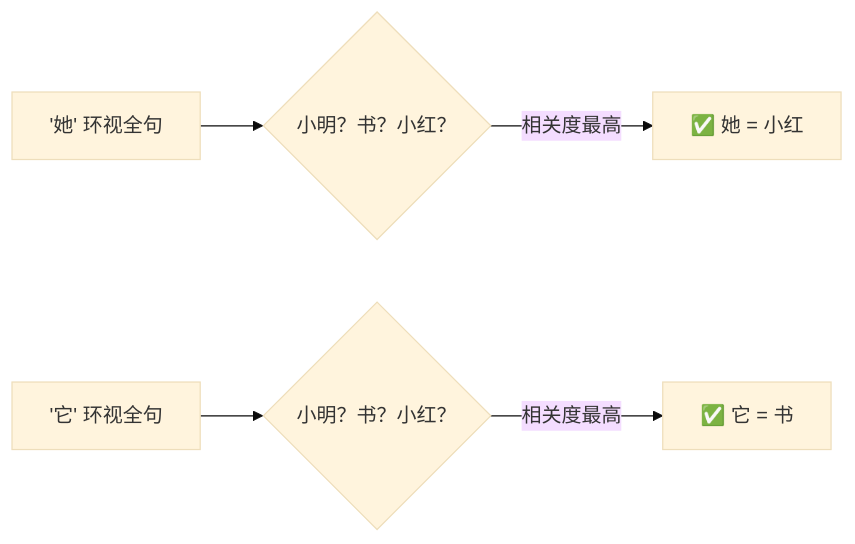
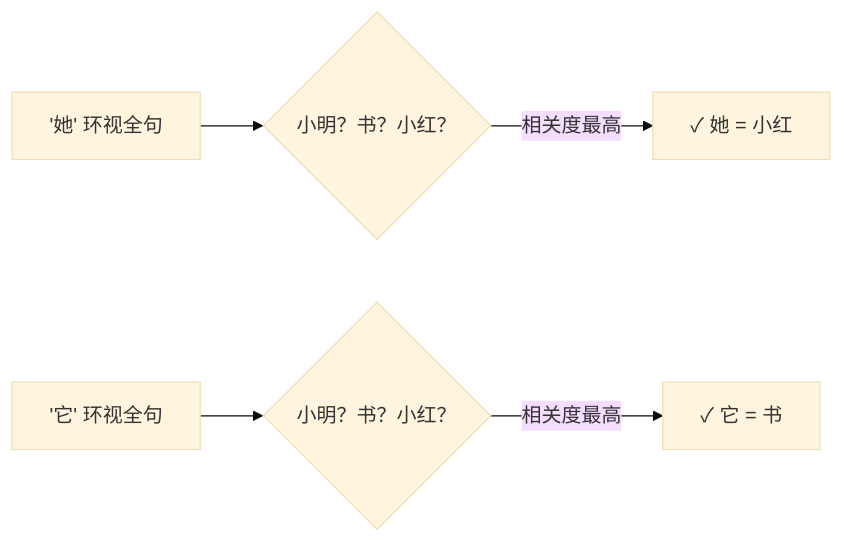
Before and after one commit to luckykhy/KhyAiHub: the fourth of 5 diagrams in docs/02_CONCEPTS_概念入门/CONCEPT/[CONCEPT-14] 什么是Transformer-变换器.md, drawn with Mermaid (base theme). The commit also changed other lines of this file and 19 other files, not shown here.

````diff
--- a/docs/02_CONCEPTS_概念入门/CONCEPT/[CONCEPT-14] 什么是Transformer-变换器.md
+++ b/docs/02_CONCEPTS_概念入门/CONCEPT/[CONCEPT-14] 什么是Transformer-变换器.md
@@ -250,7 +250,7 @@
 ```mermaid
 flowchart LR
   HER["'她' 环视全句"] --> C1{"小明？书？小红？"}
-  C1 -- "相关度最高" --> ANS1["✅ 她 = 小红"]
+  C1 -- "相关度最高" --> ANS1["✓ 她 = 小红"]
   IT["'它' 环视全句"] --> C2{"小明？书？小红？"}
-  C2 -- "相关度最高" --> ANS2["✅ 它 = 书"]
+  C2 -- "相关度最高" --> ANS2["✓ 它 = 书"]
 ```
````
